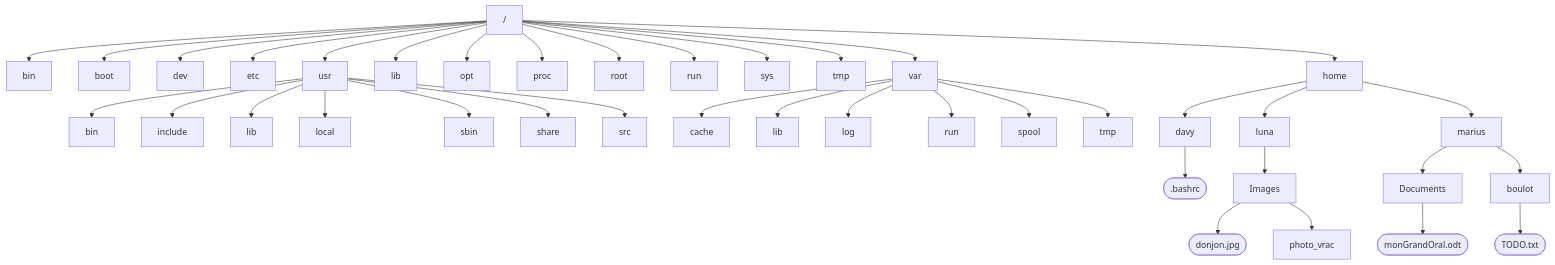
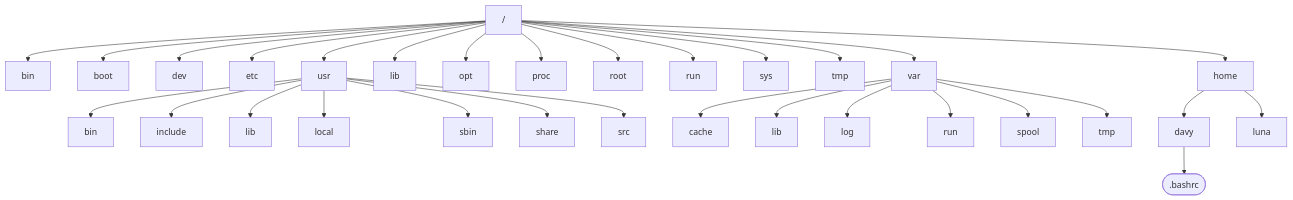
Before and after one commit to Lycee-Experimental/nsi-lxp: the first of 2 diagrams in docs/premiere/linux/dossier.md, drawn with Mermaid. The commit also changed other lines of this file, not shown here.

````diff
--- a/docs/premiere/linux/dossier.md
+++ b/docs/premiere/linux/dossier.md
@@ -29,70 +27,62 @@
 ```mermaid
     graph TD
     A["/"] --> B[bin]
     click A callback "C'est la racine. Ce dossier est le point de départ de l'arborescence, il contient les répertoires principaux."
     click B callback "Binaries : Exécutables essentiels au système, utilisables par tous les utilisateurs. Par exemple on y trouve ls pwd..."
     A --> C[boot] 
     click C callback "fichiers permettant à Linux de démarrer, tels que le noyau et les fichiers de démarrage (GRUB). Dans /boot/efi est monté la partition EFI pour les systèmes disposant de ce micrologiciel."
     A --> D[dev]
     click D callback "Devices : Fichiers spéciaux représentant les point d'entrées de tous les périphériques (fichiers spéciaux des disques durs, écrans, partitions, consoles TTY, webcam, clavier, ...)"
     A --> E[etc]
     click E callback "Editing Text Config : Contient les fichiers texte nécessaires à la configuration du système et des setvices (XXX.conf, passwd, inittab, fstab)"
     A --> L[home]
     click L callback "Répertoire personnel des utilisateurs du système"
     A --> H[lib]
     click H callback "Librairies : contient les bibliothèques partagées essentielles au système lors du démarrage (et modules noyau)"
     A --> I[opt]
     click I callback "Optional : répertoire générique pour l'installation de programmes installés hors dépôts de la distribution."
     A --> P[proc]
     click P callback "Process : répertoire virtuel ne prenant aucune place sur le disque. Contient des fichiers spéciaux offrant des informations sur le système (noyau, processus)."
     A --> F[root]
     click F callback "Répertoire personnel du super utilisateur (le répertoire de root n'est pas dans /home, car bien souvent le /home est sur une partition à part. En cas d'échec de montage de /home, root à quand même accès à son répertoire personnel)."
     A --> J[run]
     click J callback "Runtime system : contient des informations relatives au système concernant les utilisateurs et les services en cours d'exécution."
     A --> Q[sys] 
     click Q callback "Répertoire virtuel ne prenant aucune place sur le disque. Contient des fichiers spéciaux offrant des informations entre le système et ses composants matériels."
     A --> K[tmp]
     click K callback "Temporary : contient des fichiers temporaires"
     A --> R[usr]
     click R callback "Unix System Resources : contient des programmes, des données et des documents utilisés par les utilisateurs du système."
     A --> G[var]
     click G callback "Variable : contient les données variables qui varient en fonction de l'utilisation du système, tels que les fichiers de log, les fichiers de bases de données, des fichiers de mails, des sites internet..."
     R --> S[bin]
     click S callback "Contient des exécutables et des commandes utilisées par les utilisateurs du système."
     R --> T[include]
     click T callback "Contient des fichiers d'en-tête utilisés par les compilateurs pour inclure du code dans les programmes."
     R --> U[lib]
     click U callback "Contient des bibliothèques (librairies) utilisées par les programmes (32 et 64 bits)"
     R --> V[local]
     click V callback "Contient des programmes et des données installées localement sur le système, par un administrateur, non installés par le gestionnaire de paquets"
     R --> W[sbin]
     click W callback "Contient des exécutables et des commandes utilisées par l'admin système"
     R --> X[share]
     click X callback "Contient des données partagées utilisées par les programmes (fichiers de langue, images, polices de caractères ...)"
     R --> Y[src] 
     click Y callback "Contient le code source des programmes installés"
     G --> GA[cache]
     click GA callback "Contient des données mises en cache par les programmes et le système, telles que les paquets de logiciels téléchargés (apt, yum, dnf, emerge suivant votre distribution)"
     G --> GB[lib] 
     click GB callback "Contient des données utilisées par les programmes du système, telles que les bases de données (mysql) par exemple"
     G --> GC[log] 
     click GC callback "Contient des fichiers de log, avec un sous dossier par service installé"
     G --> GD[run] 
     click GD callback "Contient des fichiers temporaires utilisés par les programmes en cours d'exécution (fichiers .pid, ...)"
     G --> GE[spool]
     click GE callback "Contient des fichiers en attente d'être traités par les programmes système, tels que les impressions et les tâches cron."
     G --> GF[tmp] 
     click GF callback "Contient des fichiers temporaires utilisés par les programmes. Par rapport à /tmp ces fichiers tomporaires ne sont pas épurés automatiquement."
     L --> M[davy]
     M --> MA([.bashrc])
     click MA callback "Fichier présent dans le dossier /home/.. de chaque utilisateur. Contient des scripts à lancer au démarrage de la session."
     L --> N[luna]
-    N --> NA[Images]
-    NA --> NB([donjon.jpg])
-    NA --> NC[photo_vrac]
-    L --> O[marius]
-    O --> OA[Documents]
-    OA --> OB([monGrandOral.odt])
-    O --> OC[boulot]
-    OC --> OD([TODO.txt])
 ```
````
